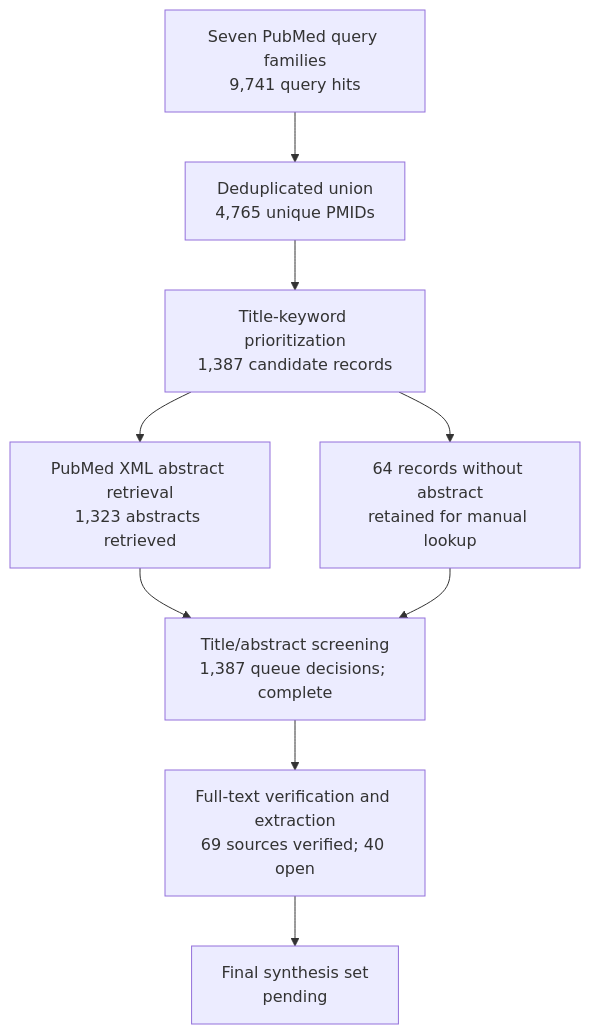
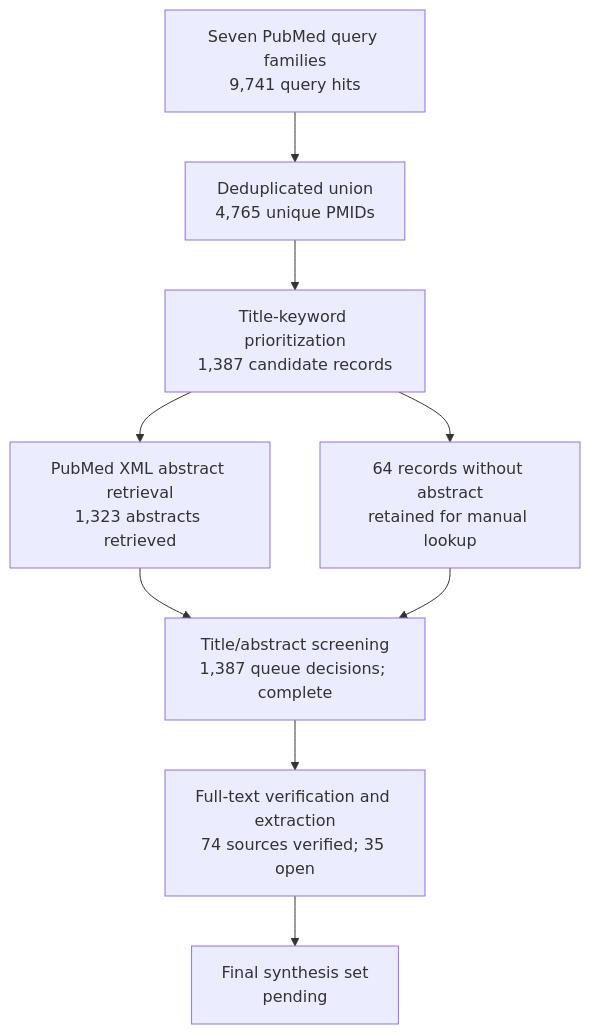
The diagram in manuscript/review-flow.md (dcmcshan/artemisia), drawn with Mermaid before and after one commit. The commit also changed other lines of this file and 14 other files, not shown here.

````diff
--- a/manuscript/review-flow.md
+++ b/manuscript/review-flow.md
@@ -5,11 +5,11 @@
 ```mermaid
 flowchart TB
   Q[Seven PubMed query families<br/>9,741 query hits] --> U[Deduplicated union<br/>4,765 unique PMIDs]
   U --> T[Title-keyword prioritization<br/>1,387 candidate records]
   T --> A[PubMed XML abstract retrieval<br/>1,323 abstracts retrieved]
   T --> N[64 records without abstract<br/>retained for manual lookup]
   A --> M[Title/abstract screening<br/>1,387 queue decisions; complete]
   N --> M
-  M --> F[Full-text verification and extraction<br/>69 sources verified; 40 open]
+  M --> F[Full-text verification and extraction<br/>74 sources verified; 35 open]
   F --> S[Final synthesis set<br/>pending]
 ```
````
